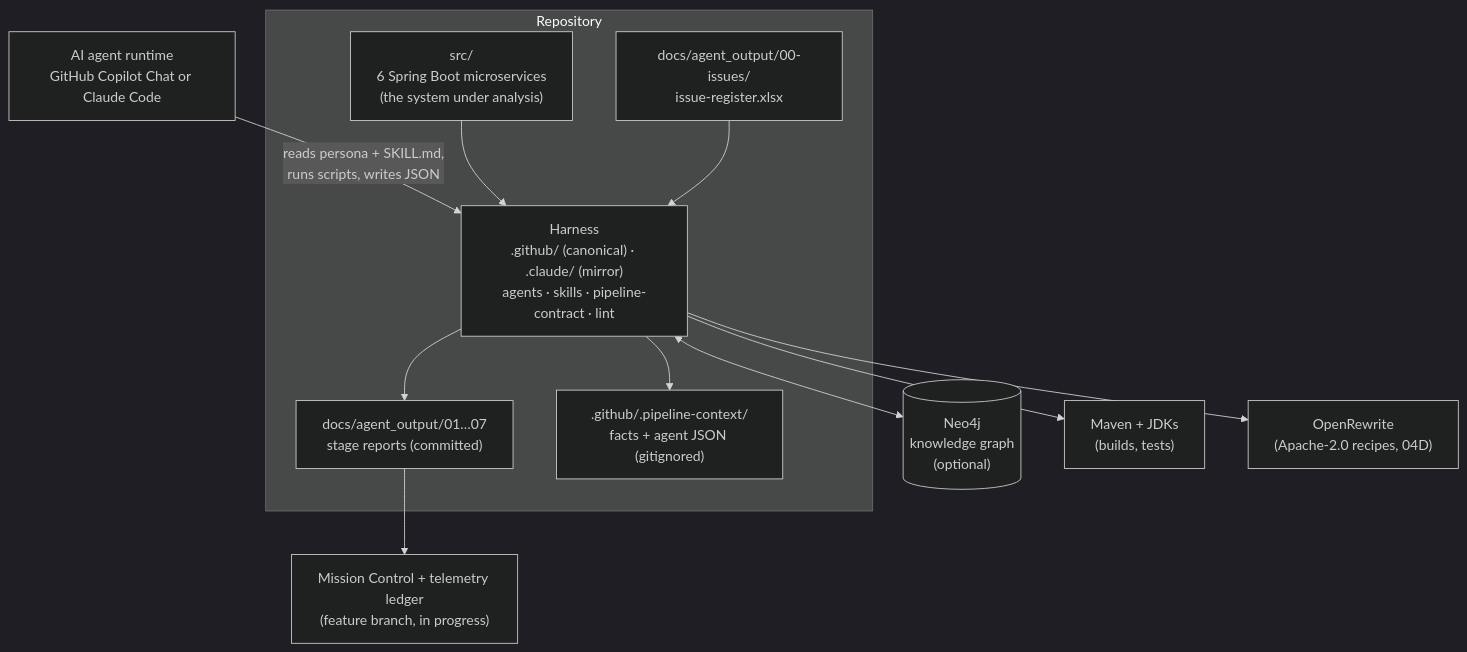
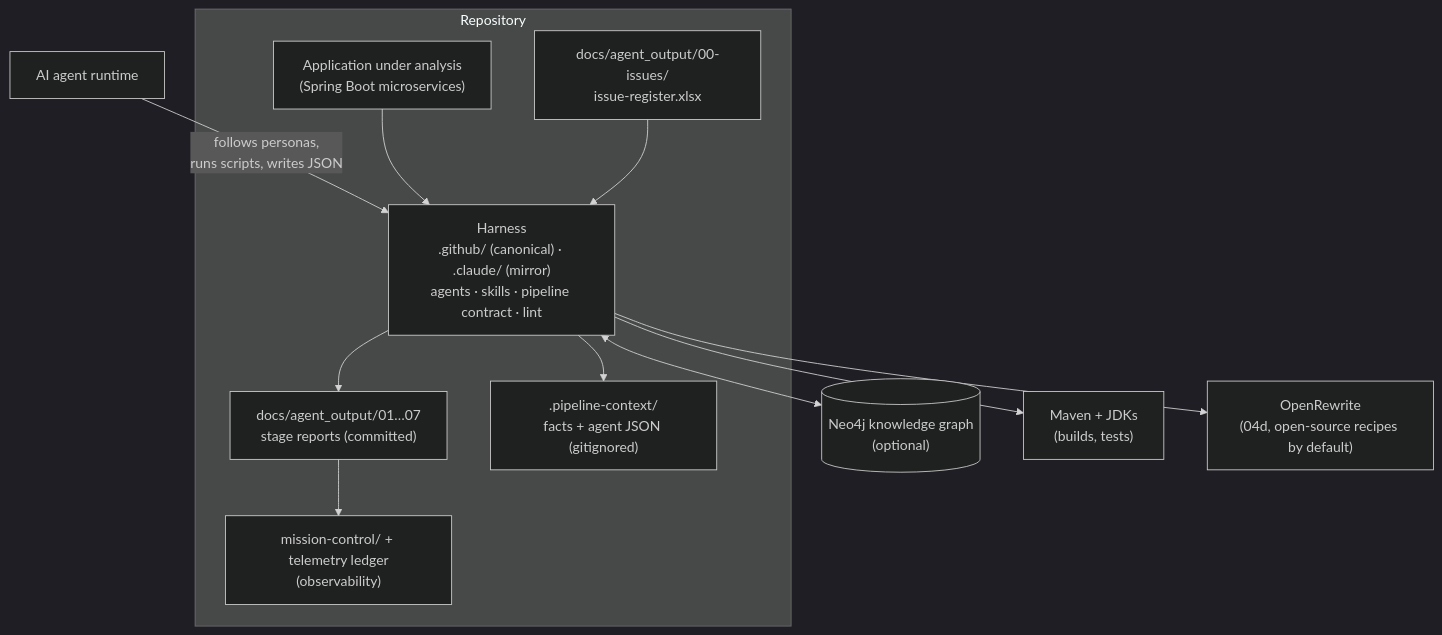
Before and after one commit to KrishnaAnnavaram/MARS: the third of 31 diagrams in README.md, drawn with Mermaid (dark theme). The commit also changed other lines of this file, not shown here.

First line of the commit message:
Rewrite the README as a full agent-and-skill handbook

````diff
--- a/README.md
+++ b/README.md
@@ -101,25 +151,25 @@
 ```mermaid
 flowchart TB
     subgraph REPO["Repository"]
-      SRC["src/<br/>6 Spring Boot microservices<br/>(the system under analysis)"]
+      APP["Application under analysis<br/>(Spring Boot microservices)"]
       REG["docs/agent_output/00-issues/<br/>issue-register.xlsx"]
       OUT["docs/agent_output/01…07<br/>stage reports (committed)"]
-      H["Harness<br/>.github/ (canonical) · .claude/ (mirror)<br/>agents · skills · pipeline-contract · lint"]
-      PC[".github/.pipeline-context/<br/>facts + agent JSON (gitignored)"]
+      H["Harness<br/>.github/ (canonical) · .claude/ (mirror)<br/>agents · skills · pipeline contract · lint"]
+      PC[".pipeline-context/<br/>facts + agent JSON (gitignored)"]
+      MC["mission-control/ + telemetry ledger<br/>(observability)"]
     end
-    LLM["AI agent runtime<br/>GitHub Copilot Chat or Claude Code"]
-    NEO[("Neo4j<br/>knowledge graph<br/>(optional)")]
+    LLM["AI agent runtime"]
+    NEO[("Neo4j knowledge graph<br/>(optional)")]
     MVN["Maven + JDKs<br/>(builds, tests)"]
-    OR["OpenRewrite<br/>(Apache-2.0 recipes, 04D)"]
-    MC["Mission Control + telemetry ledger<br/>(feature branch, in progress)"]
+    OR["OpenRewrite<br/>(04d, open-source recipes by default)"]
 
-    LLM -->|"reads persona + SKILL.md,<br/>runs scripts, writes JSON"| H
+    LLM -->|"follows personas,<br/>runs scripts, writes JSON"| H
+    APP --> H
+    REG --> H
     H --> PC
     H --> OUT
-    SRC --> H
-    REG --> H
     H <--> NEO
     H --> MVN
     H --> OR
     OUT --> MC
 ```
````
